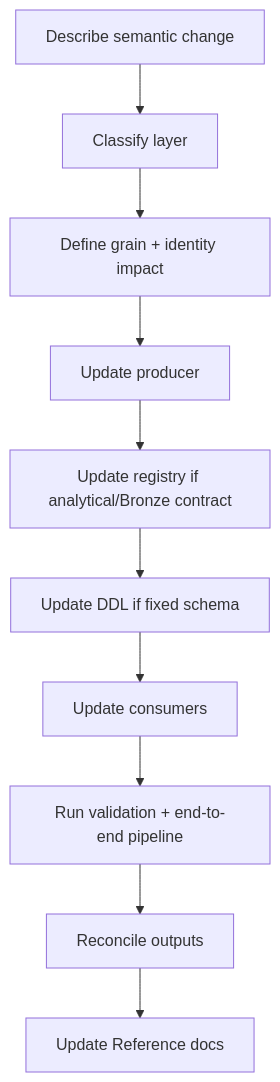
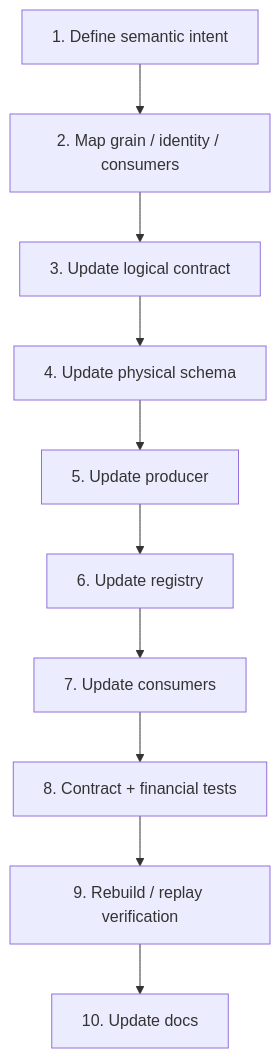
The fifth of 5 diagrams in docs/developer/data-contract-and-schema-evolution.md (tks18/personal-finance-etl), drawn with Mermaid before and after one commit. The commit also changed other lines of this file and 8 other files, not shown here.

````diff
--- a/docs/developer/data-contract-and-schema-evolution.md
+++ b/docs/developer/data-contract-and-schema-evolution.md
@@ -227,12 +466,15 @@
 ```mermaid
 flowchart TD
-    A[Describe semantic change] --> B[Classify layer]
-    B --> C[Define grain + identity impact]
-    C --> D[Update producer]
-    D --> E[Update registry if analytical/Bronze contract]
-    E --> F[Update DDL if fixed schema]
-    F --> G[Update consumers]
-    G --> H[Run validation + end-to-end pipeline]
-    H --> I[Reconcile outputs]
-    I --> J[Update Reference docs]
+    INTENT[1. Define semantic intent]
+    IMPACT[2. Map grain / identity / consumers]
+    CONTRACT[3. Update logical contract]
+    SCHEMA[4. Update physical schema]
+    PROD[5. Update producer]
+    REG[6. Update registry]
+    CONS[7. Update consumers]
+    TEST[8. Contract + financial tests]
+    REBUILD[9. Rebuild / replay verification]
+    DOC[10. Update docs]
+
+    INTENT --> IMPACT --> CONTRACT --> SCHEMA --> PROD --> REG --> CONS --> TEST --> REBUILD --> DOC
 ```
````
